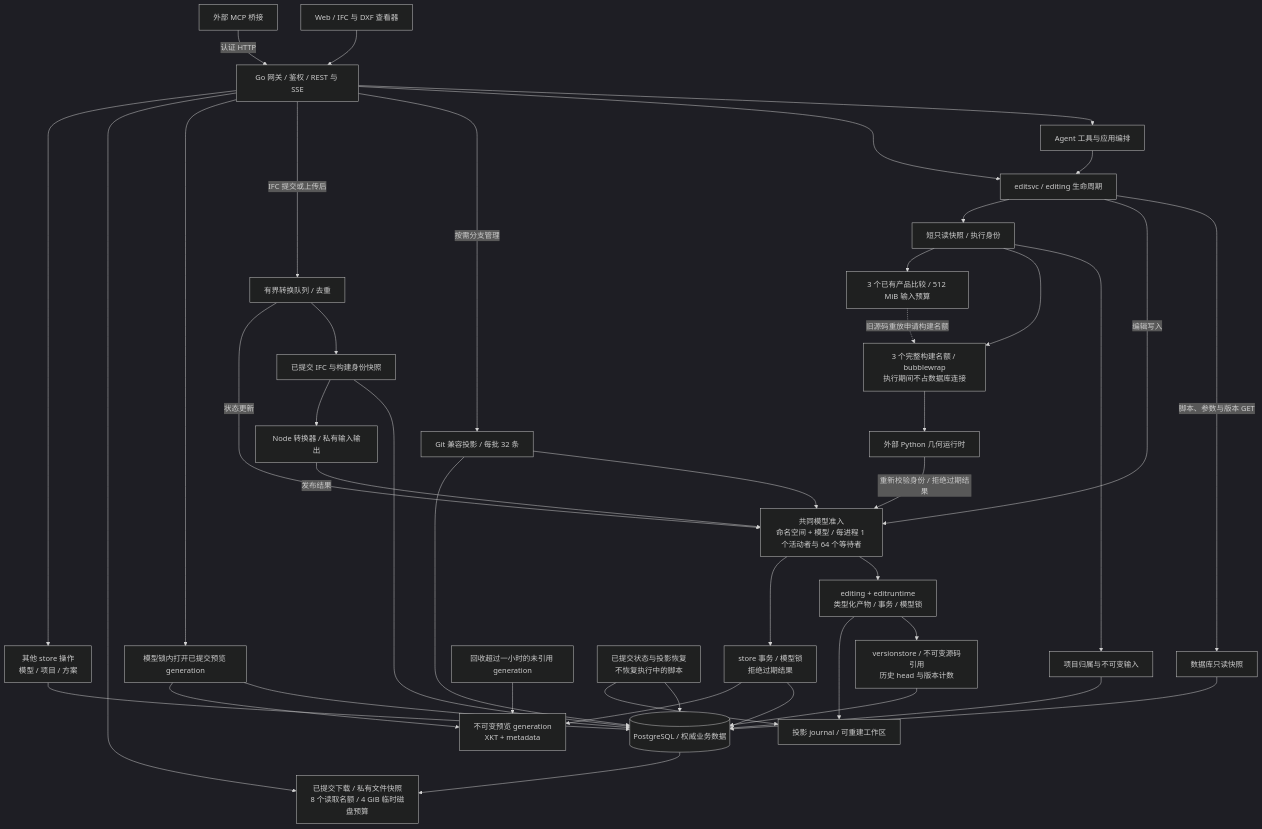
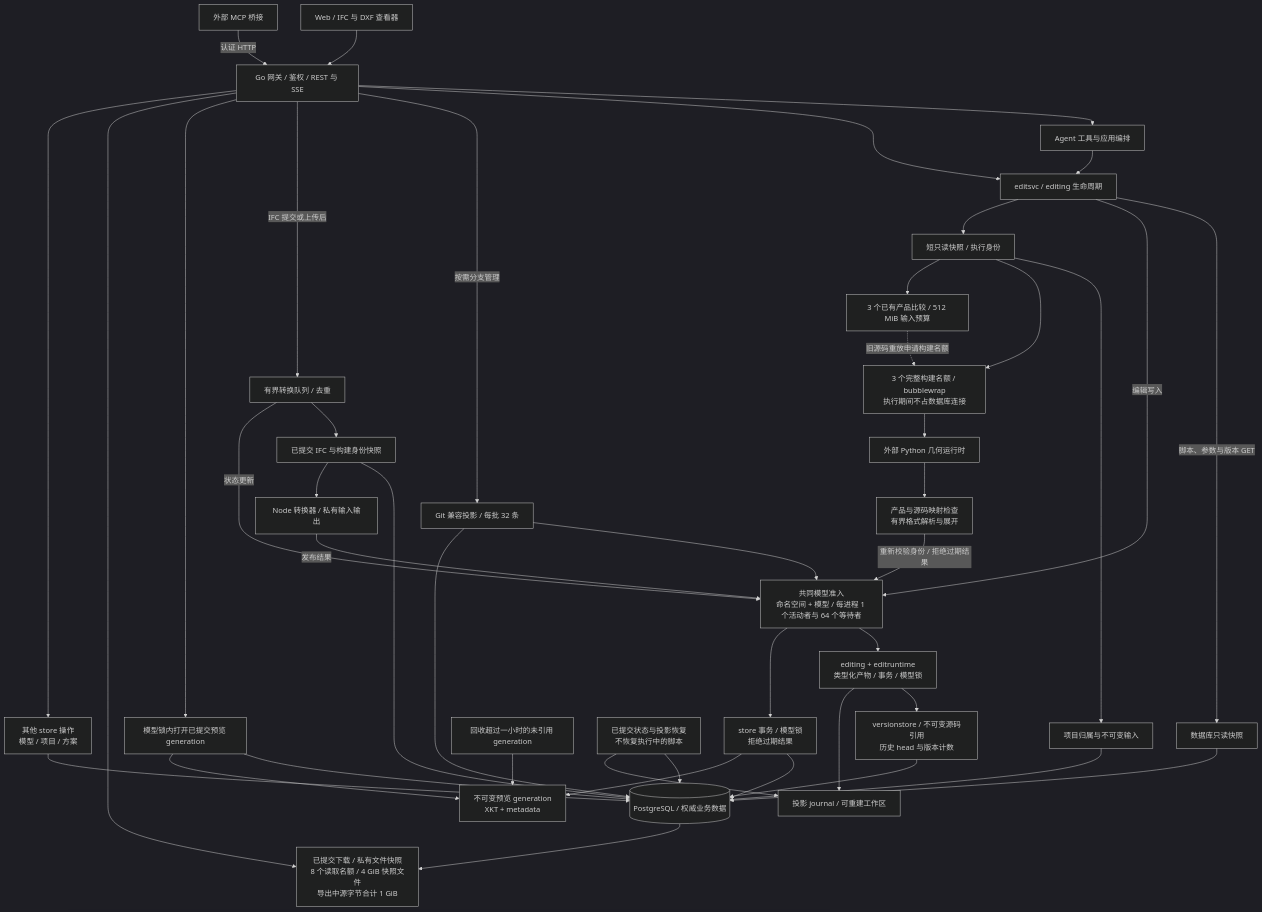
The first of 2 diagrams in README.zh-CN.md (0702hjj/SourceAEC), drawn with Mermaid (dark theme) before and after one commit. The commit also changed other lines of this file and 17 other files, not shown here.

````diff
--- a/README.zh-CN.md
+++ b/README.zh-CN.md
@@ -16,45 +16,46 @@
 ```mermaid
 flowchart TB
     WEB[Web / IFC 与 DXF 查看器] --> API[Go 网关 / 鉴权 / REST 与 SSE]
     MCP[外部 MCP 桥接] -->|认证 HTTP| API
     API --> AGENT[Agent 工具与应用编排]
     API --> EDIT[editsvc / editing 生命周期]
     AGENT --> EDIT
     EDIT -->|脚本、参数与版本 GET| READ[数据库只读快照]
     READ --> PG[(PostgreSQL / 权威业务数据)]
     EDIT -->|编辑写入| GATE[共同模型准入<br/>命名空间 + 模型 / 每进程 1 个活动者与 64 个等待者]
     GATE --> WRITE[editing + editruntime<br/>类型化产物 / 事务 / 模型锁]
     WRITE --> VERSION[versionstore / 不可变源码引用<br/>历史 head 与版本计数]
     VERSION --> PG
     API -->|按需分支管理| GIT[Git 兼容投影 / 每批 32 条]
     GIT --> GATE
     GIT --> PG
     EDIT --> PREP[短只读快照 / 执行身份]
     PREP --> INPUT[项目归属与不可变输入]
     INPUT --> PG
     PREP --> SANDBOX[3 个完整构建名额 / bubblewrap<br/>执行期间不占数据库连接]
     PREP --> COMPARE[3 个已有产品比较 / 512 MiB 输入预算]
     COMPARE -.->|旧源码重放申请构建名额| SANDBOX
     SANDBOX --> PY[外部 Python 几何运行时]
-    PY -->|重新校验身份 / 拒绝过期结果| GATE
+    PY --> INSPECT[产品与源码映射检查<br/>有界格式解析与展开]
+    INSPECT -->|重新校验身份 / 拒绝过期结果| GATE
     WRITE --> JOURNAL[投影 journal / 可重建工作区]
     API -->|IFC 提交或上传后| QUEUE[有界转换队列 / 去重]
     QUEUE --> SOURCE[已提交 IFC 与构建身份快照]
     SOURCE --> PG
     SOURCE --> NODE[Node 转换器 / 私有输入输出]
     NODE -->|发布结果| GATE
     QUEUE -->|状态更新| GATE
     GATE --> DERIVED[store 事务 / 模型锁<br/>拒绝过期结果]
     DERIVED --> PG
     DERIVED --> CACHE[不可变预览 generation<br/>XKT + metadata]
     API --> VIEW[模型锁内打开已提交预览 generation]
     VIEW --> PG
     VIEW --> CACHE
-    API --> DOWNLOAD[已提交下载 / 私有文件快照<br/>8 个读取名额 / 4 GiB 临时磁盘预算]
+    API --> DOWNLOAD[已提交下载 / 私有文件快照<br/>8 个读取名额 / 4 GiB 快照文件<br/>导出中源字节合计 1 GiB]
     PG --> DOWNLOAD
     GC[回收超过一小时的未引用 generation] --> CACHE
     RECOVER[已提交状态与投影恢复<br/>不恢复执行中的脚本] --> PG
     RECOVER --> JOURNAL
     API --> OTHER[其他 store 操作<br/>模型 / 项目 / 方案]
     OTHER --> PG
 ```
````
